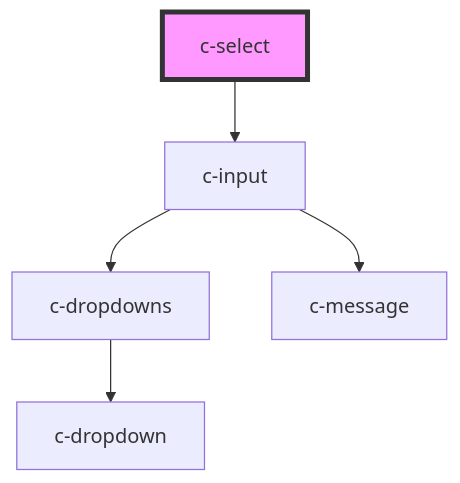
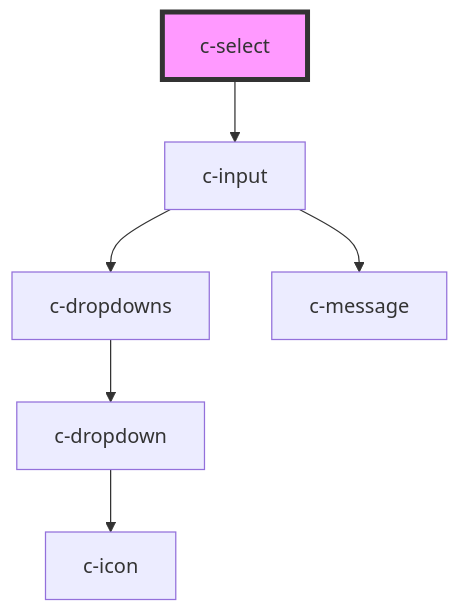
The diagram in packages/csc-ui/src/components/c-select/readme.md (CSCfi/ui), drawn with Mermaid before and after one commit. The commit also changed other lines of this file and 17 other files, not shown here.

````diff
--- a/packages/csc-ui/src/components/c-select/readme.md
+++ b/packages/csc-ui/src/components/c-select/readme.md
@@ -81,8 +101,9 @@
 ```mermaid
 graph TD;
   c-select --> c-input
   c-input --> c-dropdowns
   c-input --> c-message
   c-dropdowns --> c-dropdown
+  c-dropdown --> c-icon
   style c-select fill:#f9f,stroke:#333,stroke-width:4px
 ```
````
